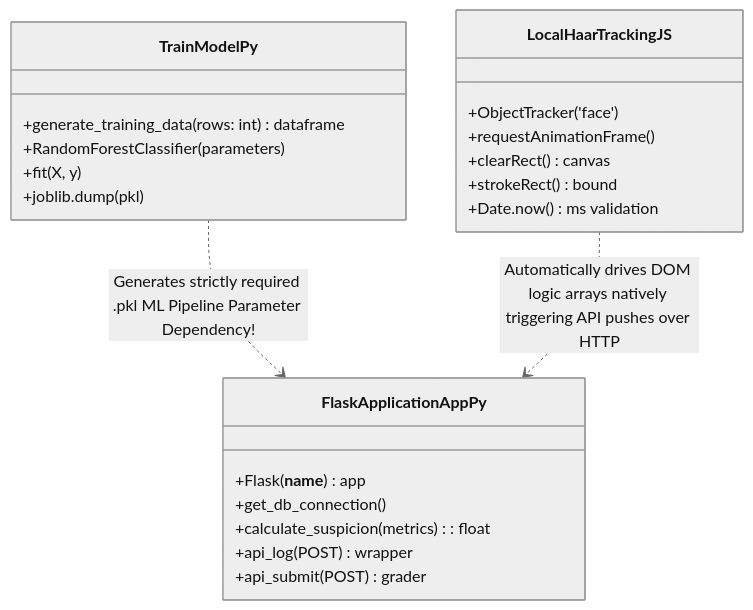
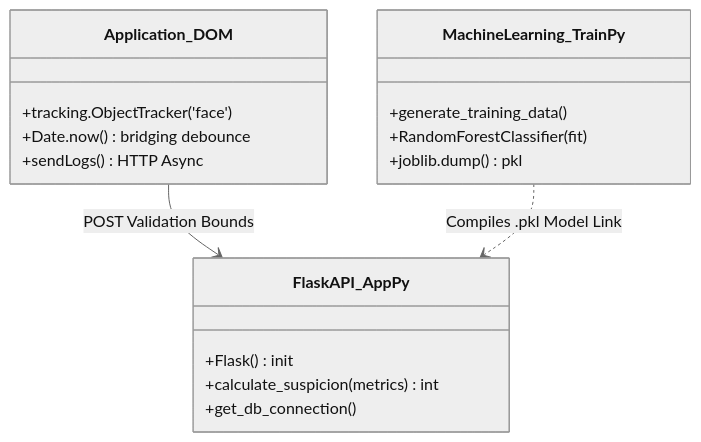
One commit to vaishnav4281/exam-monitor-ml changed the seventh of 8 diagrams in project.md. Above: the diagram before and after it, drawn with Mermaid (neutral theme). The commit also changed other lines of this file, not shown here.

````diff
--- a/project.md
+++ b/project.md
@@ -132,28 +174,21 @@
 ```mermaid
 classDiagram
-    class TrainModelPy {
-        +generate_training_data(rows: int) dataframe
-        +RandomForestClassifier(parameters)
-        +fit(X, y)
-        +joblib.dump(pkl)
+    class FlaskAPI_AppPy {
+        +Flask() init
+        +calculate_suspicion(metrics) int
+        +get_db_connection()
     }
-
-    class FlaskApplicationAppPy {
-        +Flask(__name__) app
-        +get_db_connection()
-        +calculate_suspicion(metrics): float
-        +api_log(POST) wrapper
-        +api_submit(POST) grader
+    class MachineLearning_TrainPy {
+        +generate_training_data()
+        +RandomForestClassifier(fit)
+        +joblib.dump() pkl
     }
-
-    class LocalHaarTrackingJS {
-        +ObjectTracker('face')
-        +requestAnimationFrame()
-        +clearRect() canvas
-        +strokeRect() bound
-        +Date.now() ms validation
+    class Application_DOM {
+        +tracking.ObjectTracker('face')
+        +Date.now() bridging debounce
+        +sendLogs() HTTP Async
     }
-
-    TrainModelPy ..> FlaskApplicationAppPy : Generates strictly required .pkl ML Pipeline Parameter Dependency!
-    LocalHaarTrackingJS ..> FlaskApplicationAppPy : Automatically drives DOM logic arrays natively triggering API pushes over HTTP
+    
+    Application_DOM --> FlaskAPI_AppPy : POST Validation Bounds
+    MachineLearning_TrainPy ..> FlaskAPI_AppPy : Compiles .pkl Model Link
 ```
````
